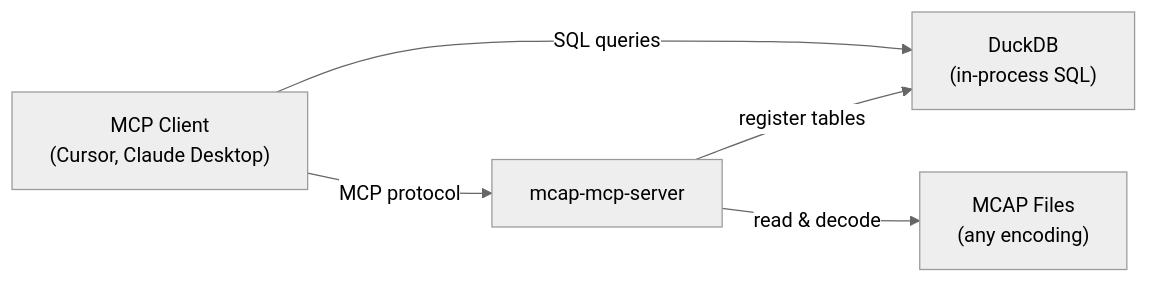
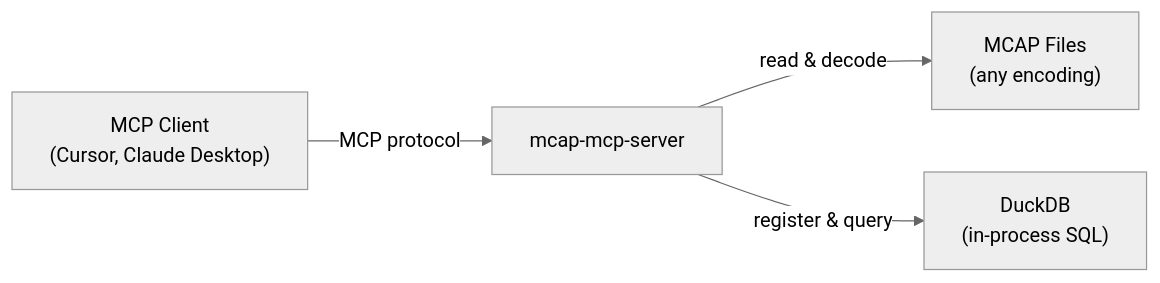
Before and after one commit to turkenberg/mcap_mcp_server: the diagram in doc/source/index.md, drawn with Mermaid (neutral theme). The commit also changed 5 other files, not shown here.

````diff
--- a/doc/source/index.md
+++ b/doc/source/index.md
@@ -7,12 +7,11 @@
 ```{mermaid}
 graph LR
     Client["MCP Client<br/>(Cursor, Claude Desktop)"]
     Server["mcap-mcp-server"]
     DuckDB["DuckDB<br/>(in-process SQL)"]
     Files["MCAP Files<br/>(any encoding)"]
 
     Client -->|MCP protocol| Server
-    Server -->|register tables| DuckDB
     Server -->|read & decode| Files
-    Client -->|SQL queries| DuckDB
+    Server -->|register & query| DuckDB
 ```
````
